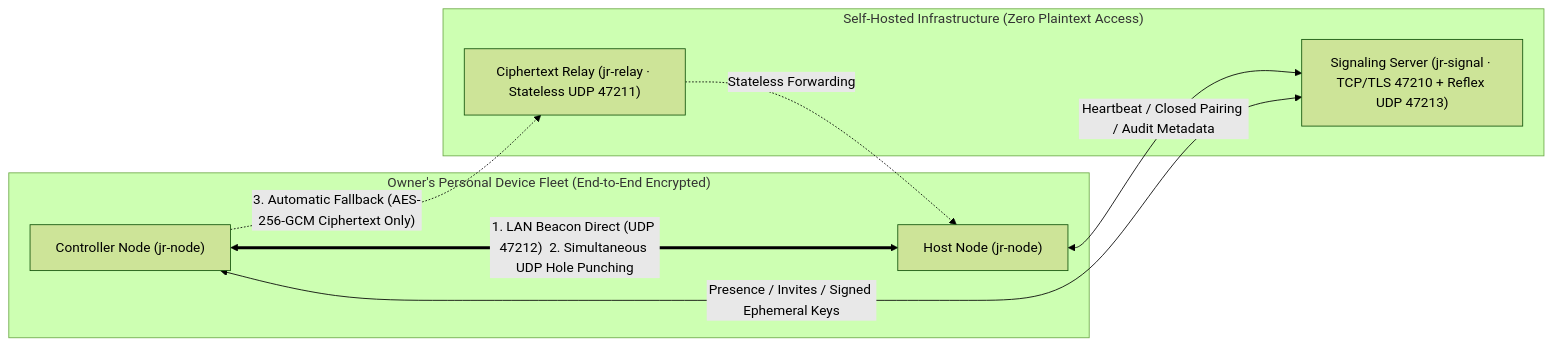
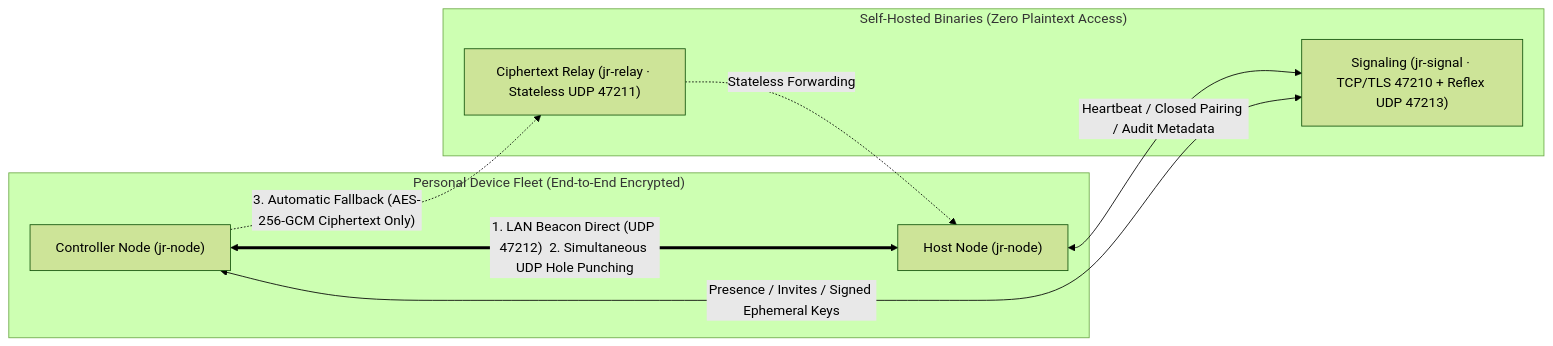
Before and after one commit to ct-jaryn/jaryn-remote: the diagram in README.en.md, drawn with Mermaid (forest theme). The commit also changed other lines of this file and 4 other files, not shown here.

````diff
--- a/README.en.md
+++ b/README.en.md
@@ -67,18 +69,18 @@
 ```mermaid
 flowchart LR
-    subgraph Fleet["Owner's Personal Device Fleet (End-to-End Encrypted)"]
+    subgraph Fleet["Personal Device Fleet (End-to-End Encrypted)"]
         C["Controller Node (jr-node)"]
         H["Host Node (jr-node)"]
     end
 
-    subgraph SelfHosted["Self-Hosted Infrastructure (Zero Plaintext Access)"]
-        S["Signaling Server (jr-signal · TCP/TLS 47210 + Reflex UDP 47213)"]
+    subgraph SelfHosted["Self-Hosted Binaries (Zero Plaintext Access)"]
+        S["Signaling (jr-signal · TCP/TLS 47210 + Reflex UDP 47213)"]
         R["Ciphertext Relay (jr-relay · Stateless UDP 47211)"]
     end
 
     C <-->|"Presence / Invites / Signed Ephemeral Keys"| S
     H <-->|"Heartbeat / Closed Pairing / Audit Metadata"| S
     C <==>|"1. LAN Beacon Direct (UDP 47212)  2. Simultaneous UDP Hole Punching"| H
     C -.->|"3. Automatic Fallback (AES-256-GCM Ciphertext Only)"| R
     R -.->|"Stateless Forwarding"| H
 ```
````
